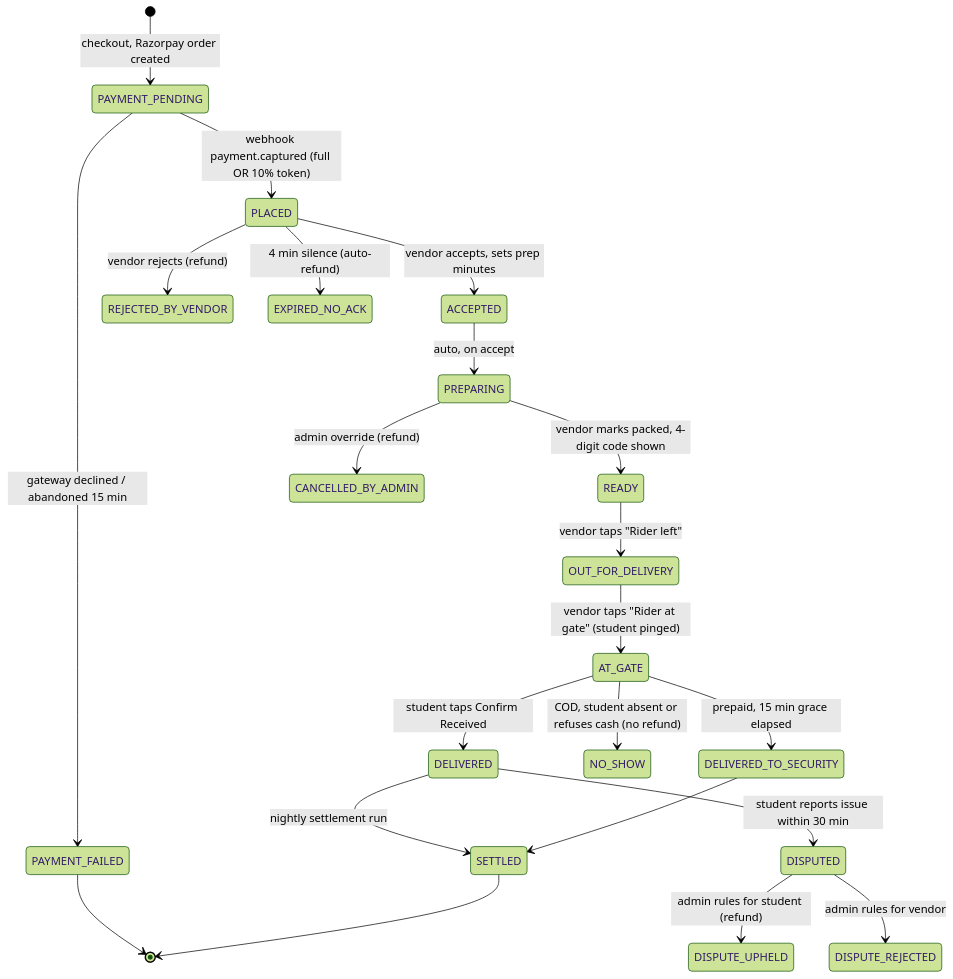
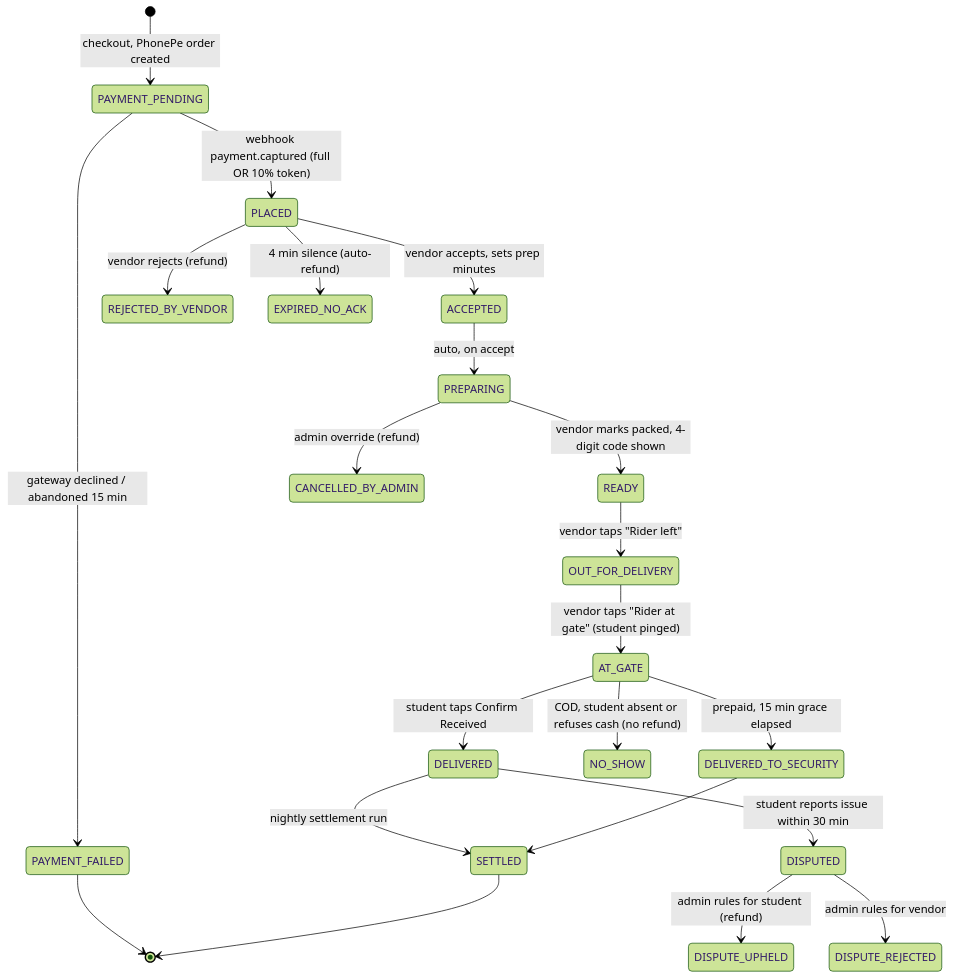
Before and after one commit to Mohnish27-dev/trefood: the diagram in docs/SYSTEM_ARCHITECTURE_AND_FLOWS.md, drawn with Mermaid (forest theme). The commit also changed other lines of this file and 41 other files, not shown here.

Commit message:
completed the backend flow removed dummy data completely

````diff
--- a/docs/SYSTEM_ARCHITECTURE_AND_FLOWS.md
+++ b/docs/SYSTEM_ARCHITECTURE_AND_FLOWS.md
@@ -76,30 +76,30 @@
 ```mermaid
 stateDiagram-v2
-    [*] --> PAYMENT_PENDING: checkout, Razorpay order created
+    [*] --> PAYMENT_PENDING: checkout, PhonePe order created
 
     PAYMENT_PENDING --> PAYMENT_FAILED: gateway declined / abandoned 15 min
     PAYMENT_PENDING --> PLACED: webhook payment.captured (full OR 10% token)
     PAYMENT_FAILED --> [*]
 
     PLACED --> ACCEPTED: vendor accepts, sets prep minutes
     PLACED --> REJECTED_BY_VENDOR: vendor rejects (refund)
     PLACED --> EXPIRED_NO_ACK: 4 min silence (auto-refund)
 
     ACCEPTED --> PREPARING: auto, on accept
     PREPARING --> READY: vendor marks packed, 4-digit code shown
     READY --> OUT_FOR_DELIVERY: vendor taps "Rider left"
     OUT_FOR_DELIVERY --> AT_GATE: vendor taps "Rider at gate" (student pinged)
 
     AT_GATE --> DELIVERED: student taps Confirm Received
     AT_GATE --> DELIVERED_TO_SECURITY: prepaid, 15 min grace elapsed
     AT_GATE --> NO_SHOW: COD, student absent or refuses cash (no refund)
 
     PREPARING --> CANCELLED_BY_ADMIN: admin override (refund)
     DELIVERED --> DISPUTED: student reports issue within 30 min
     DISPUTED --> DISPUTE_UPHELD: admin rules for student (refund)
     DISPUTED --> DISPUTE_REJECTED: admin rules for vendor
 
     DELIVERED --> SETTLED: nightly settlement run
     DELIVERED_TO_SECURITY --> SETTLED
     SETTLED --> [*]
 ```
````
